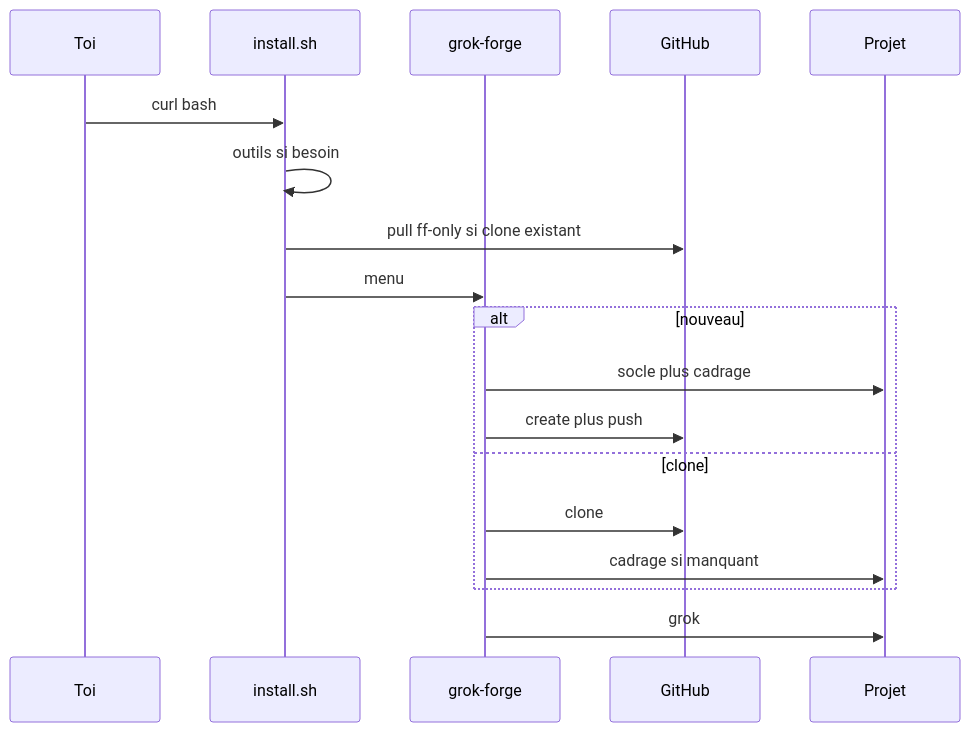
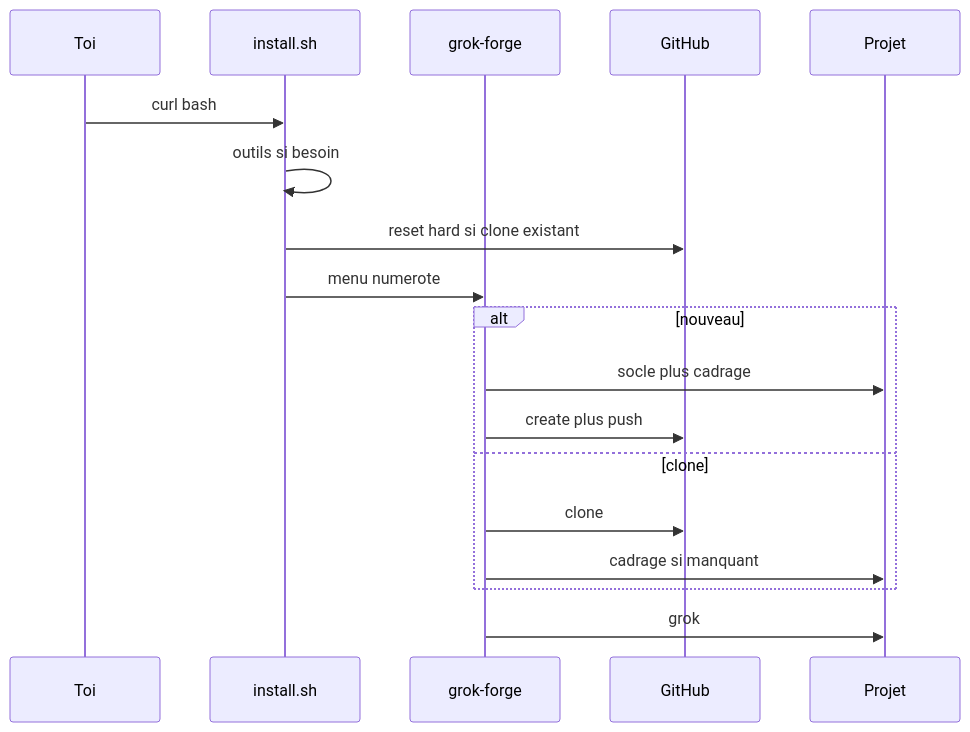
Before and after one commit to palarchsys/grok-forge: the second of 3 diagrams in docs/lifecycle.md, drawn with Mermaid. The commit also changed other lines of this file and 10 other files, not shown here.

````diff
--- a/docs/lifecycle.md
+++ b/docs/lifecycle.md
@@ -20,20 +20,20 @@
 ```mermaid
 sequenceDiagram
   participant U as Toi
   participant I as install.sh
   participant M as grok-forge
   participant R as GitHub
   participant P as Projet
   U->>I: curl bash
   I->>I: outils si besoin
-  I->>R: pull ff-only si clone existant
-  I->>M: menu
+  I->>R: reset hard si clone existant
+  I->>M: menu numerote
   alt nouveau
     M->>P: socle plus cadrage
     M->>R: create plus push
   else clone
     M->>R: clone
     M->>P: cadrage si manquant
   end
   M->>P: grok
 ```
````
